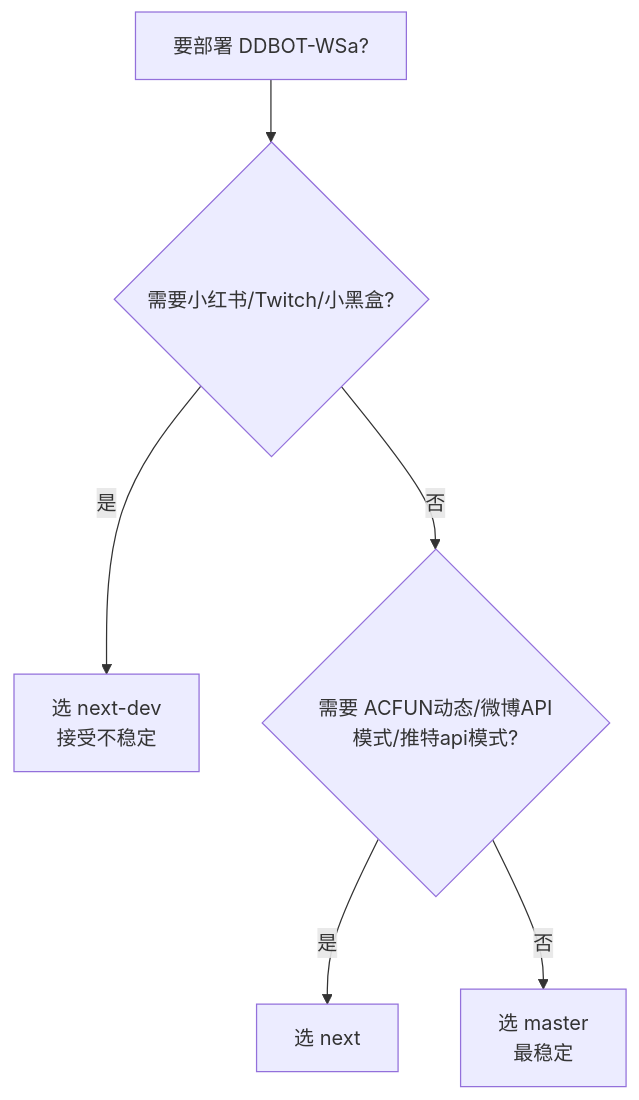
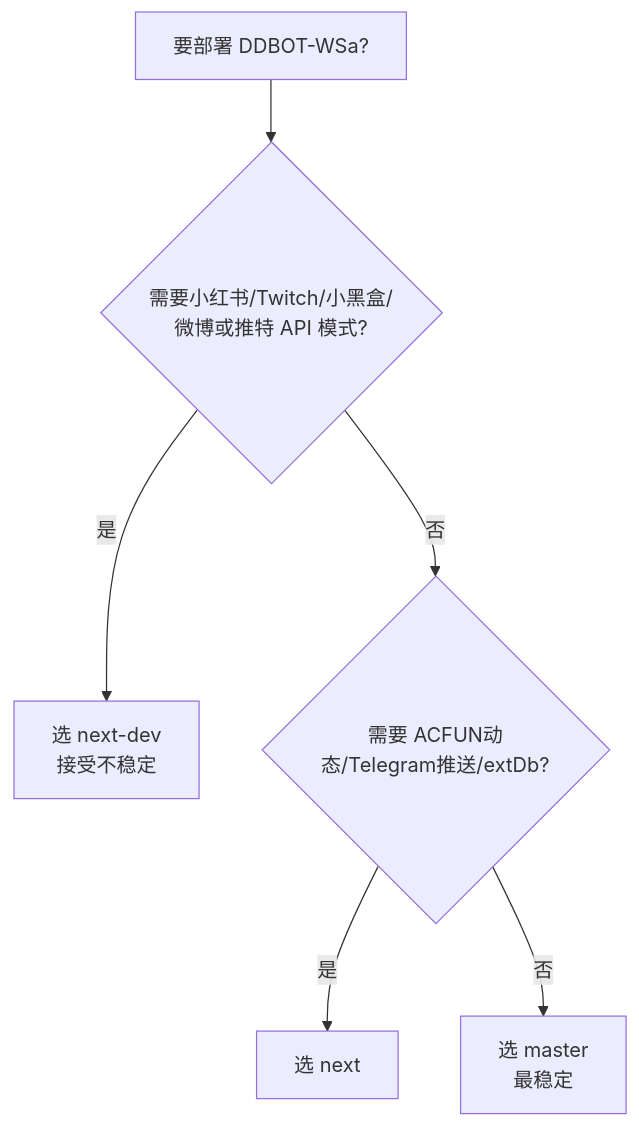
One commit to kizunerwe/DDBOT-WSa-docs changed the diagram in docs/deploy/branches.md. Above: the diagram before and after it, drawn with Mermaid. The commit also changed other lines of this file and 58 other files, not shown here.

````diff
--- a/docs/deploy/branches.md
+++ b/docs/deploy/branches.md
@@ -169,8 +201,8 @@
 ```mermaid
 flowchart TD
-    A[要部署 DDBOT-WSa?] --> B{需要小红书/Twitch/小黑盒?}
+    A[要部署 DDBOT-WSa?] --> B{需要小红书/Twitch/小黑盒/<br/>微博或推特 API 模式?}
     B -->|是| C[选 next-dev<br/>接受不稳定]
-    B -->|否| D{需要 ACFUN动态/微博API模式/推特api模式?}
+    B -->|否| D{需要 ACFUN动态/Telegram推送/extDb?}
     D -->|是| E[选 next]
     D -->|否| F[选 master<br/>最稳定]
 ```
````
